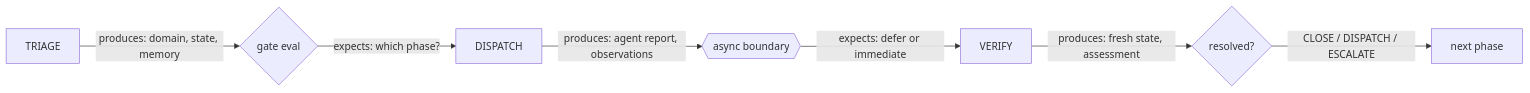
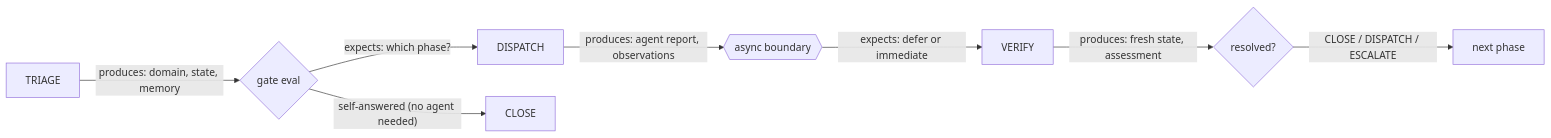
Before and after one commit to The-Darwin-Project/Blackboard: the fourth of 5 diagrams in src/agents/brain_skills/always/09-phase-lifecycle.md, drawn with Mermaid. The commit also changed 3 other files, not shown here.

First line of the commit message:
fix: self-answer close path, clarification cap, async reclassification, elapsed-aware Ts

````diff
--- a/src/agents/brain_skills/always/09-phase-lifecycle.md
+++ b/src/agents/brain_skills/always/09-phase-lifecycle.md
@@ -125,9 +125,10 @@
 ```mermaid
 graph LR
     T[TRIAGE] -->|"produces: domain, state, memory"| G1{"gate eval"}
     G1 -->|"expects: which phase?"| D[DISPATCH]
+    G1 -->|"self-answered (no agent needed)"| CL[CLOSE]
     D -->|"produces: agent report, observations"| G2{{"async boundary"}}
     G2 -->|"expects: defer or immediate"| V[VERIFY]
     V -->|"produces: fresh state, assessment"| G3{"resolved?"}
     G3 -->|"CLOSE / DISPATCH / ESCALATE"| NEXT["next phase"]
 ```
````
